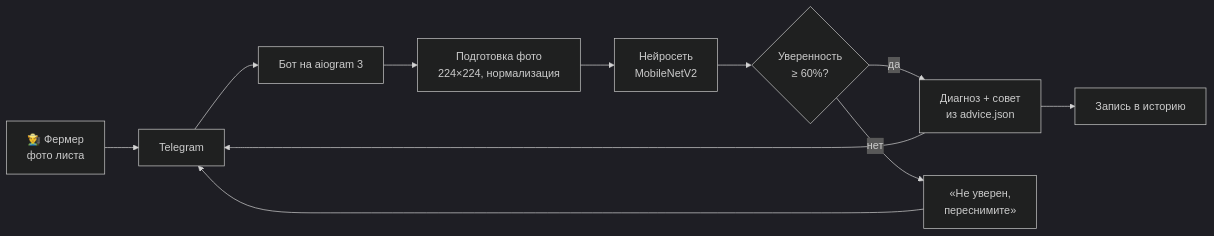
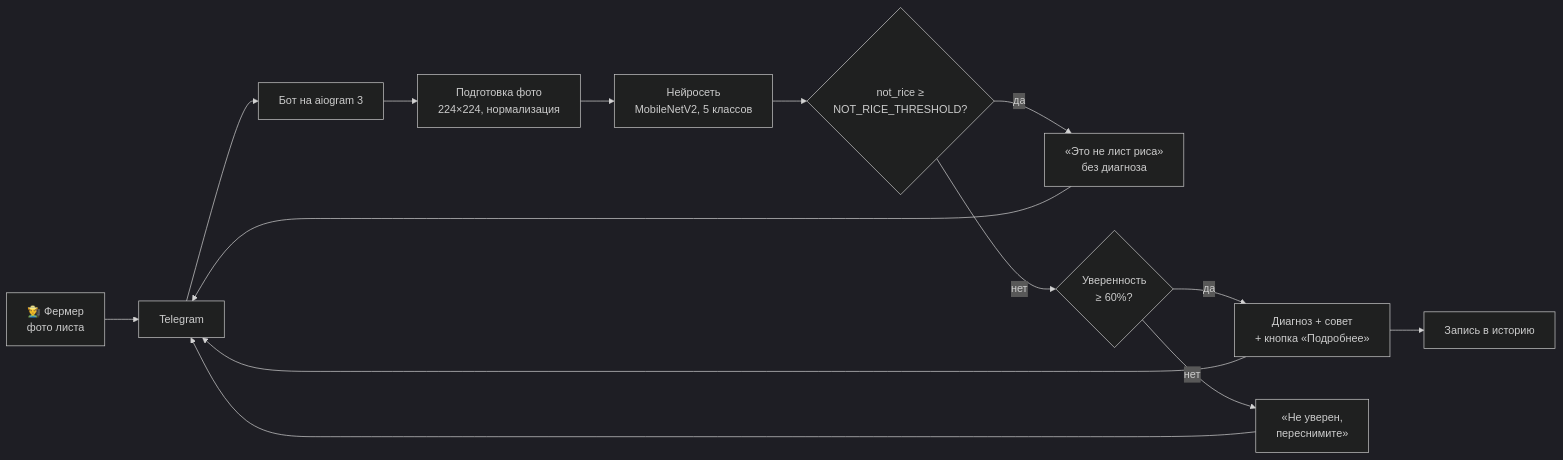
The diagram in README.md (schoolprogramminggm-lab/innofest-rice-doctor), drawn with Mermaid (dark theme) before and after one commit. The commit also changed other lines of this file and 22 other files, not shown here.

First line of the commit message:
not_rice, подробные советы, уверенность ≤ 99% (closes #22, closes #21)

````diff
--- a/README.md
+++ b/README.md
@@ -65,13 +100,16 @@
 ```mermaid
 flowchart LR
     A[👨‍🌾 Фермер<br/>фото листа] --> B[Telegram]
     B --> C[Бот на aiogram 3]
     C --> D[Подготовка фото<br/>224×224, нормализация]
-    D --> E[Нейросеть<br/>MobileNetV2]
-    E --> F{Уверенность<br/>≥ 60%?}
-    F -- да --> G[Диагноз + совет<br/>из advice.json]
+    D --> E[Нейросеть<br/>MobileNetV2, 5 классов]
+    E --> N{not_rice ≥<br/>NOT_RICE_THRESHOLD?}
+    N -- да --> M[«Это не лист риса»<br/>без диагноза]
+    N -- нет --> F{Уверенность<br/>≥ 60%?}
+    F -- да --> G[Диагноз + совет<br/>+ кнопка «Подробнее»]
     F -- нет --> H[«Не уверен,<br/>переснимите»]
     G --> I[Запись в историю]
     G --> B
     H --> B
+    M --> B
 ```
````
